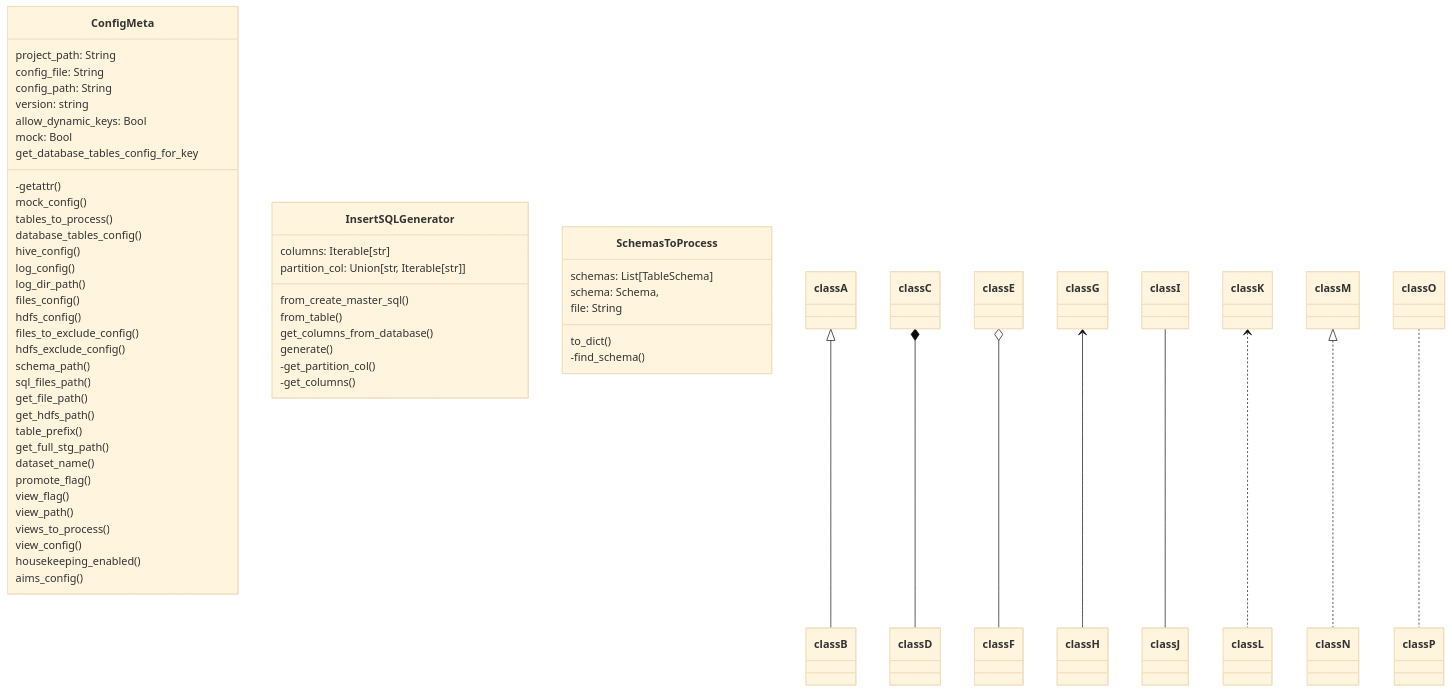
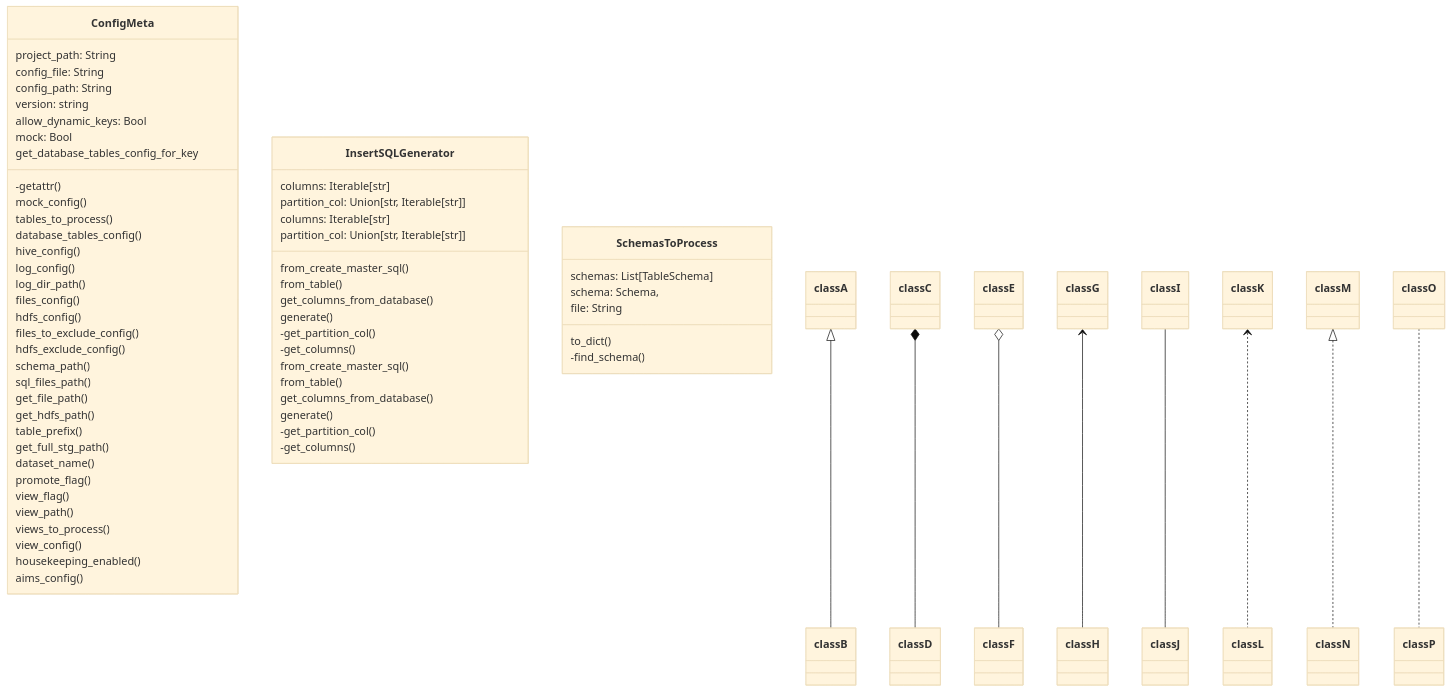
Before and after one commit to JoelPaullONS/de-documentation-template: the diagram in docs/uml.md, drawn with Mermaid (base theme).

````diff
--- a/docs/uml.md
+++ b/docs/uml.md
@@ -1,68 +1,80 @@
 ```mermaid
 classDiagram
     class ConfigMeta {
         project_path: String
         config_file: String
         config_path: String
         version: string
         allow_dynamic_keys: Bool
         mock: Bool
         -getattr()
         mock_config()
         tables_to_process()
         database_tables_config()
         hive_config()
         log_config()
         log_dir_path()
         files_config()
         hdfs_config()
         files_to_exclude_config()
         hdfs_exclude_config()
         schema_path()
         sql_files_path()
         get_file_path()
         get_hdfs_path()
         get_database_tables_config_for_key
         table_prefix()
         get_full_stg_path()
         dataset_name()
         promote_flag()
         view_flag()
         view_path()
         views_to_process()
         view_config()
         housekeeping_enabled()
         aims_config()
 
 
     }
 
     class InsertSQLGenerator {
         columns: Iterable[str]
         partition_col: Union[str, Iterable[str]]
         from_create_master_sql()
         from_table()
         get_columns_from_database()
         generate()
         -get_partition_col()
         -get_columns()
 
     }
 
     class SchemasToProcess {
         schemas: List[TableSchema]
         schema: Schema, 
         file: String
         to_dict()
         -find_schema()
     }
 
     classA <|-- classB
     classC *-- classD
     classE o-- classF
     classG <-- classH
     classI -- classJ
     classK <.. classL
     classM <|.. classN
     classO .. classP
+
+    class InsertSQLGenerator {
+        columns: Iterable[str]
+        partition_col: Union[str, Iterable[str]]
+        from_create_master_sql()
+        from_table()
+        get_columns_from_database()
+        generate()
+        -get_partition_col()
+        -get_columns()
+
+    }
 ```
````
